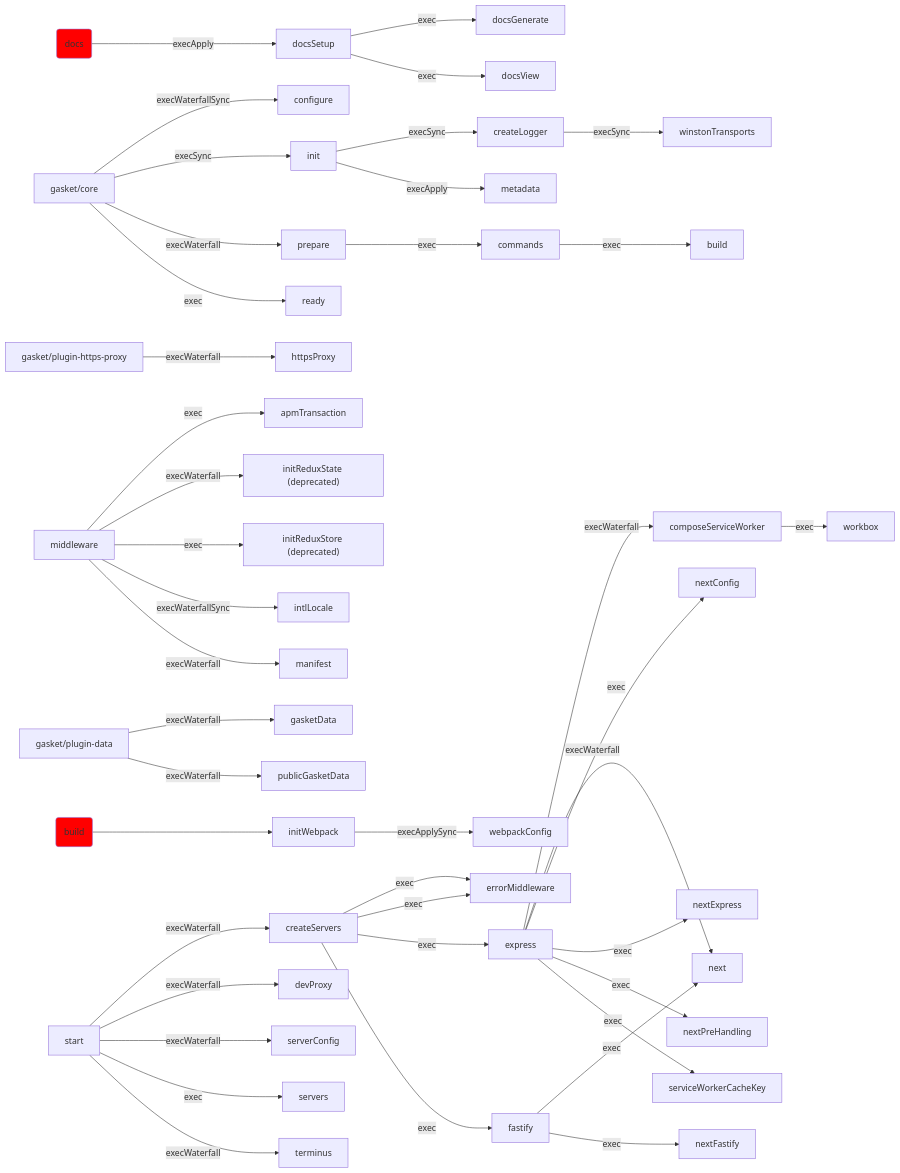
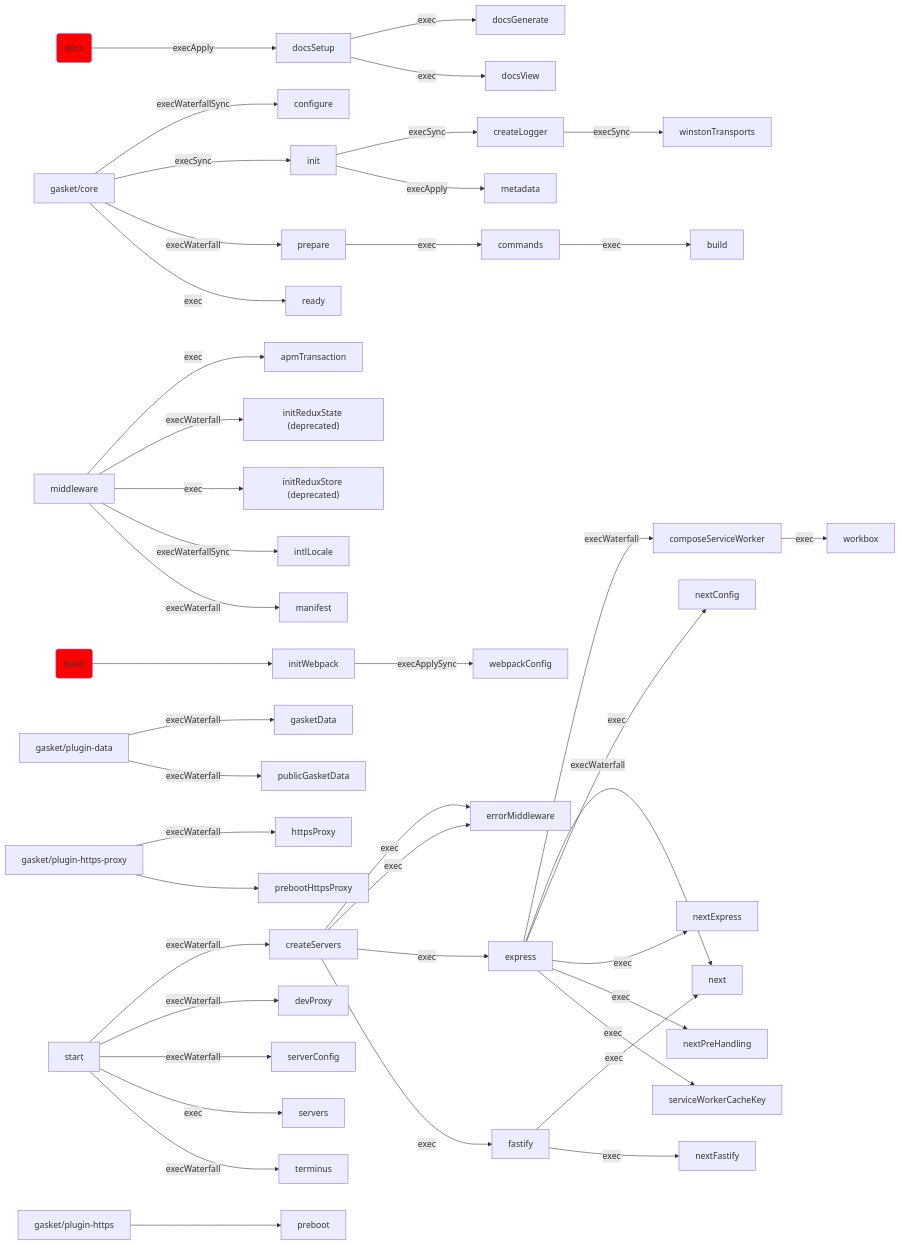
One commit to godaddy/gasket changed the diagram in docs/generated-docs/lifecycle-graphs.md. Above: the diagram before and after it, drawn with Mermaid. The commit also changed 6 other files, not shown here.

````diff
--- a/docs/generated-docs/lifecycle-graphs.md
+++ b/docs/generated-docs/lifecycle-graphs.md
@@ -1,45 +1,47 @@
 ```mermaid
 graph LR;
 middleware -- exec --> apmTransaction;
 commands -- exec --> build;
 prepare -- exec --> commands;
 express -- execWaterfall --> composeServiceWorker;
 gasket/core -- execWaterfallSync --> configure;
 init -- execSync --> createLogger;
 start -- execWaterfall --> createServers;
 start -- execWaterfall --> devProxy;
 docsSetup -- exec --> docsGenerate;
 docs-cmd(docs) -- execApply --> docsSetup;
 docsSetup -- exec --> docsView;
 createServers -- exec --> errorMiddleware;
 createServers -- exec --> errorMiddleware;
 createServers -- exec --> express;
 createServers -- exec --> fastify;
 gasket/plugin-data -- execWaterfall --> gasketData;
 gasket/plugin-https-proxy -- execWaterfall --> httpsProxy;
 gasket/core -- execSync --> init;
 middleware -- execWaterfall --> initReduxState["initReduxState (deprecated)"];
 middleware -- exec --> initReduxStore["initReduxStore (deprecated)"];
 build-cmd(build) --> initWebpack;
 middleware -- execWaterfallSync --> intlLocale;
 middleware -- execWaterfall --> manifest;
 init -- execApply --> metadata;
 express -- exec --> next;
 fastify -- exec --> next;
 express -- execWaterfall --> nextConfig;
 express -- exec --> nextExpress;
 fastify -- exec --> nextFastify;
 express -- exec --> nextPreHandling;
+gasket/plugin-https --> preboot;
+gasket/plugin-https-proxy --> prebootHttpsProxy;
 gasket/core -- execWaterfall --> prepare;
 gasket/plugin-data -- execWaterfall --> publicGasketData;
 gasket/core -- exec --> ready;
 start -- execWaterfall --> serverConfig;
 start -- exec --> servers;
 express -- exec --> serviceWorkerCacheKey;
 start -- execWaterfall --> terminus;
 initWebpack -- execApplySync --> webpackConfig;
 createLogger -- execSync --> winstonTransports;
 composeServiceWorker -- exec --> workbox;
 style docs-cmd fill: red;
 style build-cmd fill: red;
 ```
````
